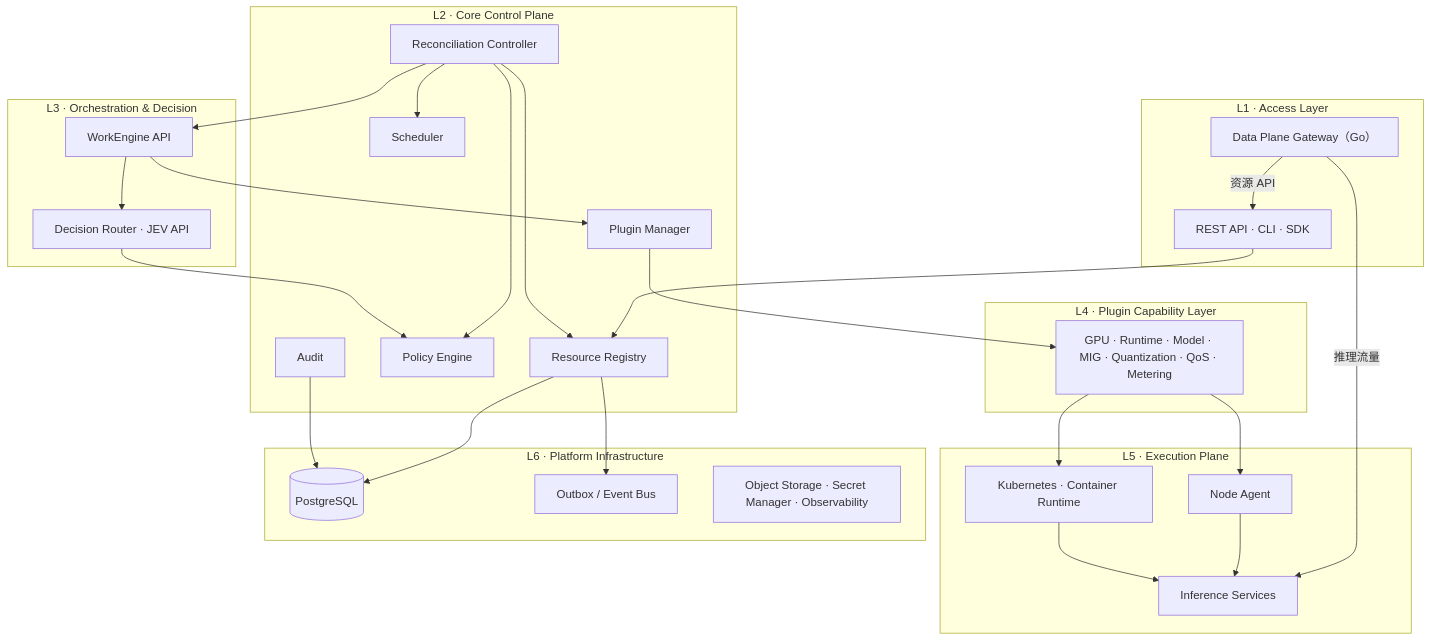
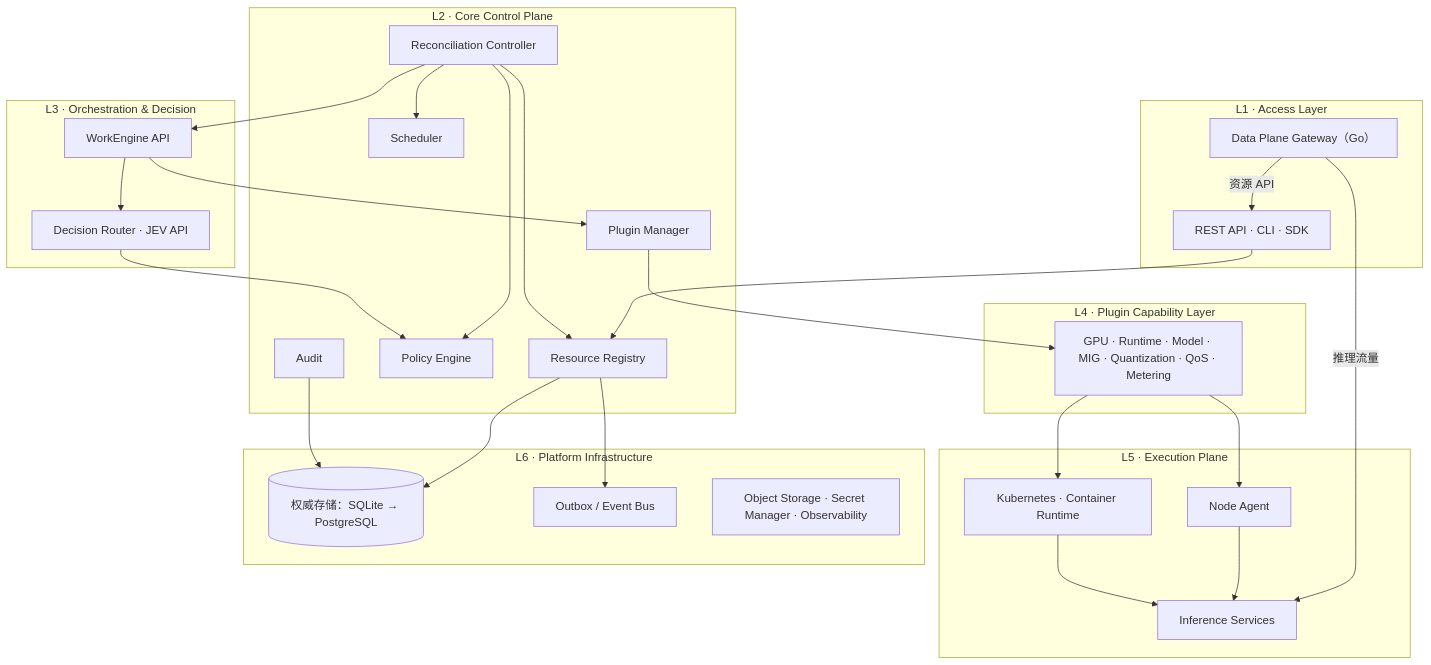
The first of 3 diagrams in docs/architecture/architecture.md (KnightKKOP/ForgeMesh), drawn with Mermaid before and after one commit. The commit also changed other lines of this file, not shown here.

First line of the commit message:
docs(architecture): align the architecture with ADR-013, ADR-014 and 1.1.0

````diff
--- a/docs/architecture/architecture.md
+++ b/docs/architecture/architecture.md
@@ -182,50 +183,50 @@
 ```mermaid
 flowchart TB
   subgraph L1["L1 · Access Layer"]
     API["REST API · CLI · SDK"]
     GW["Data Plane Gateway（Go）"]
   end
   subgraph L2["L2 · Core Control Plane"]
     REG["Resource Registry"]
     REC["Reconciliation Controller"]
     POL["Policy Engine"]
     SCH["Scheduler"]
     PM["Plugin Manager"]
     AUD["Audit"]
   end
   subgraph L3["L3 · Orchestration & Decision"]
     WE["WorkEngine API"]
     DR["Decision Router · JEV API"]
   end
   subgraph L4["L4 · Plugin Capability Layer"]
     CAP["GPU · Runtime · Model · MIG · Quantization · QoS · Metering"]
   end
   subgraph L5["L5 · Execution Plane"]
     NA["Node Agent"]
     RT["Kubernetes · Container Runtime"]
     INS["Inference Services"]
   end
   subgraph L6["L6 · Platform Infrastructure"]
-    DB[("PostgreSQL")]
+    DB[("权威存储：SQLite → PostgreSQL")]
     OB["Outbox / Event Bus"]
     OBS["Object Storage · Secret Manager · Observability"]
   end
   API --> REG
   GW -->|资源 API| API
   GW -->|推理流量| INS
   REC --> REG
   REC --> POL
   REC --> SCH
   REC --> WE
   WE --> DR
   DR --> POL
   WE --> PM
   PM --> CAP
   CAP --> NA
   CAP --> RT
   NA --> INS
   RT --> INS
   REG --> DB
   REG --> OB
   AUD --> DB
 ```
````
